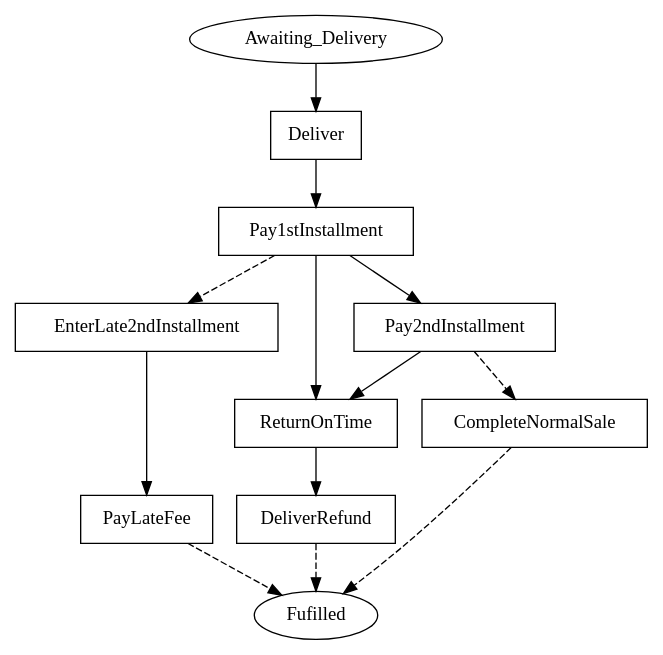
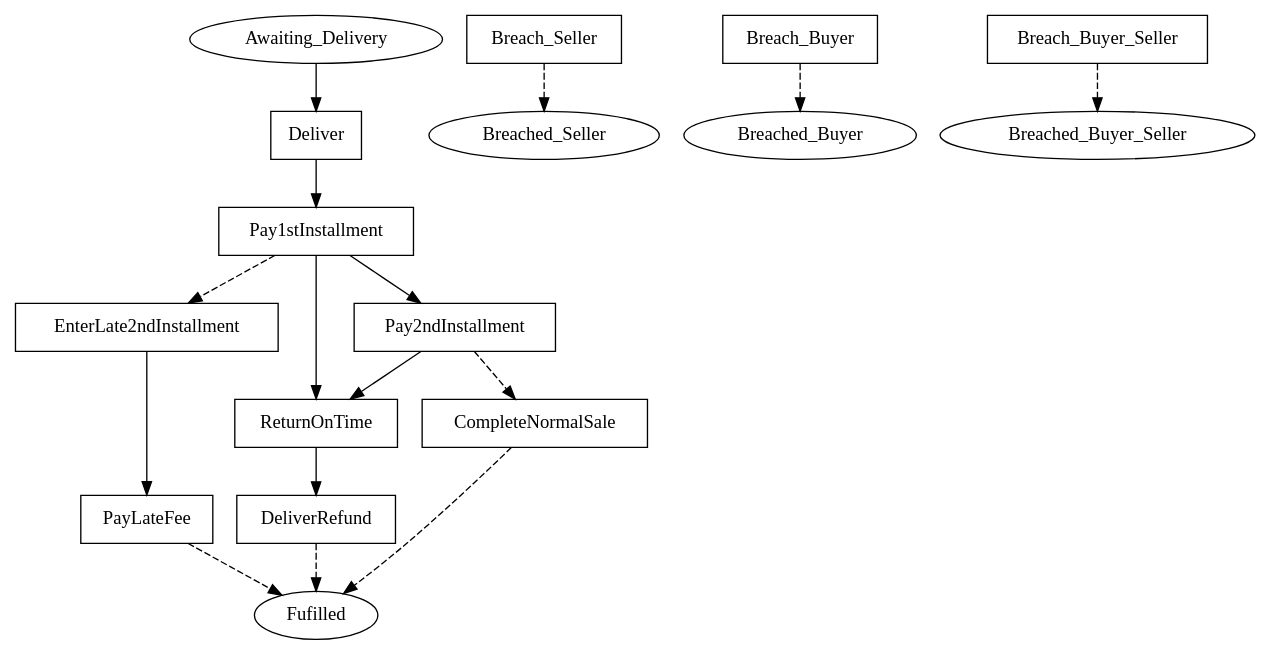
One commit to Marcao02/complaw-deeptech changed the diagram in linear_state_machine_language/pyL4/examples/out_graphviz/from_academic_lit/hvitved_printer.dot. Above: the diagram before and after it, drawn with Graphviz. The commit also changed 37 other files, not shown here.

Commit message:
remove old generated SAFE files. regen graphviz output.

```diff
--- a/linear_state_machine_language/pyL4/examples/out_graphviz/from_academic_lit/hvitved_printer.dot
+++ b/linear_state_machine_language/pyL4/examples/out_graphviz/from_academic_lit/hvitved_printer.dot
@@ -1,35 +1,44 @@
 // THIS IS A GENERATED FILE. DO NOT EDIT.
 
 digraph Two_part_sale_Hvitved_Laser_Printer {    
     Fulfilled[label=Fufilled];
-    Awaiting_Delivery[label=Awaiting_Delivery]
+    Awaiting_Delivery[label=Awaiting_Delivery];
+	Breached_Seller[label=Breached_Seller];
+	Breached_Buyer[label=Breached_Buyer];
+	Breached_Buyer_Seller[label=Breached_Buyer_Seller]
     
      
     Deliver[label=Deliver,shape=box];
 	Pay1stInstallment[label=Pay1stInstallment,shape=box];
 	EnterLate2ndInstallment[label=EnterLate2ndInstallment,shape=box];
 	Pay2ndInstallment[label=Pay2ndInstallment,shape=box];
 	ReturnOnTime[label=ReturnOnTime,shape=box];
 	PayLateFee[label=PayLateFee,shape=box];
 	CompleteNormalSale[label=CompleteNormalSale,shape=box];
-	DeliverRefund[label=DeliverRefund,shape=box]    
+	DeliverRefund[label=DeliverRefund,shape=box];
+	Breach_Seller[label=Breach_Seller,shape=box];
+	Breach_Buyer[label=Breach_Buyer,shape=box];
+	Breach_Buyer_Seller[label=Breach_Buyer_Seller,shape=box]    
     
     
     
     Awaiting_Delivery -> Deliver;
 	Deliver -> Pay1stInstallment;
 	Pay1stInstallment -> Pay2ndInstallment;
 	Pay1stInstallment -> ReturnOnTime;
 	Pay1stInstallment -> EnterLate2ndInstallment [style=dashed];
 	EnterLate2ndInstallment -> PayLateFee;
 	Pay2ndInstallment -> ReturnOnTime;
 	Pay2ndInstallment -> CompleteNormalSale [style=dashed];
 	ReturnOnTime -> DeliverRefund
     
     PayLateFee -> Fulfilled [style=dashed];
 	CompleteNormalSale -> Fulfilled [style=dashed];
 	DeliverRefund -> Fulfilled [style=dashed];
+	Breach_Seller -> Breached_Seller [style=dashed];
+	Breach_Buyer -> Breached_Buyer [style=dashed];
+	Breach_Buyer_Seller -> Breached_Buyer_Seller [style=dashed];
 	     
     
        
 }
```
